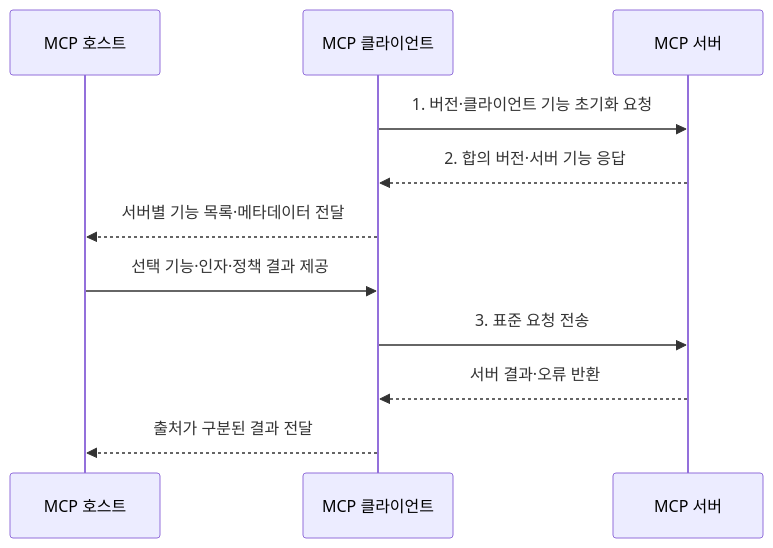
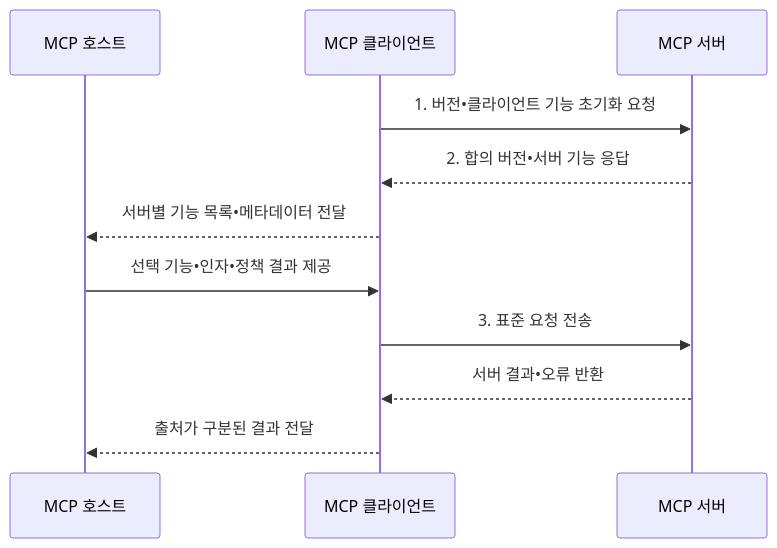
Before and after one commit to agnusdei1207/knowledge-base: the second of 2 diagrams in src/content/docs/notes/08-latest-tech/008_mcp_client.md, drawn with Mermaid. The commit also changed other lines of this file and 953 other files, not shown here.

````diff
--- a/src/content/docs/notes/08-latest-tech/008_mcp_client.md
+++ b/src/content/docs/notes/08-latest-tech/008_mcp_client.md
@@ -102,13 +102,13 @@
 ```mermaid
 sequenceDiagram
     participant H as MCP 호스트
     participant C as MCP 클라이언트
     participant S as MCP 서버
-    C->>S: 1. 버전·클라이언트 기능 초기화 요청
-    S-->>C: 2. 합의 버전·서버 기능 응답
-    C-->>H: 서버별 기능 목록·메타데이터 전달
-    H->>C: 선택 기능·인자·정책 결과 제공
+    C->>S: 1. 버전•클라이언트 기능 초기화 요청
+    S-->>C: 2. 합의 버전•서버 기능 응답
+    C-->>H: 서버별 기능 목록•메타데이터 전달
+    H->>C: 선택 기능•인자•정책 결과 제공
     C->>S: 3. 표준 요청 전송
-    S-->>C: 서버 결과·오류 반환
+    S-->>C: 서버 결과•오류 반환
     C-->>H: 출처가 구분된 결과 전달
 ```
````
